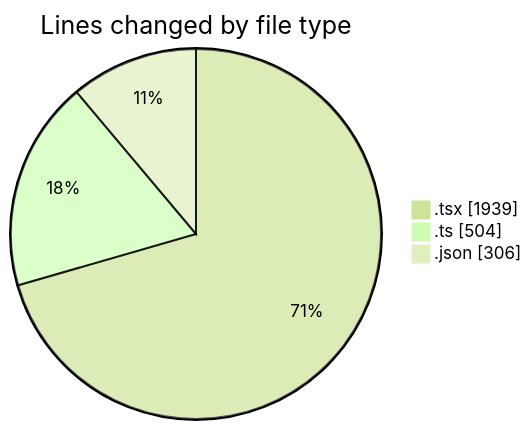
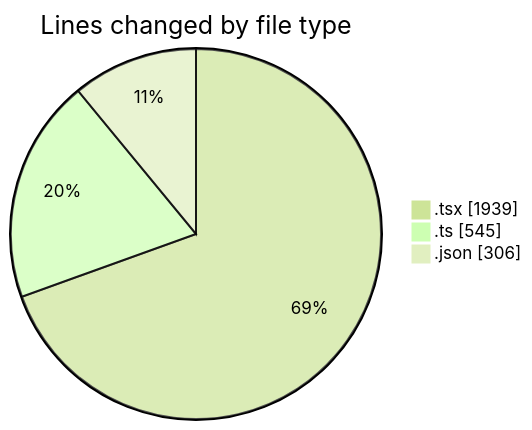
One commit to julien-gomy/code-tracking changed the first of 2 diagrams in 2025-11-22/eventscop-frontend-guide__workspace_/README.md. Above: the diagram before and after it, drawn with Mermaid (forest theme). The commit also changed other lines of this file and 1 other file, not shown here.

````diff
--- a/2025-11-22/eventscop-frontend-guide__workspace_/README.md
+++ b/2025-11-22/eventscop-frontend-guide__workspace_/README.md
@@ -42,7 +43,7 @@
 ```mermaid
 pie showData
 title Lines changed by file type
 ".tsx" : 1939
-".ts" : 504
+".ts" : 545
 ".json" : 306
 ```
````
